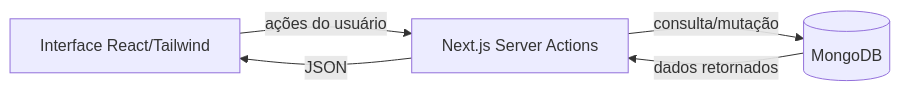
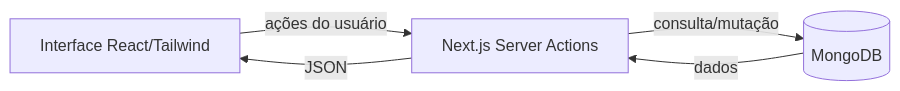
Before and after one commit to franciscodelgaudio/desafio-fullstack-pike: the diagram in README.md, drawn with Mermaid. The commit also changed other lines of this file, not shown here.

````diff
--- a/README.md
+++ b/README.md
@@ -89,7 +96,7 @@
 ```mermaid
 graph LR
 A[Interface React/Tailwind] -->|ações do usuário| B[Next.js Server Actions]
 B -->|consulta/mutação| C[(MongoDB)]
-C -->|dados retornados| B
+C -->|dados| B
 B -->|JSON| A
 ```
````
